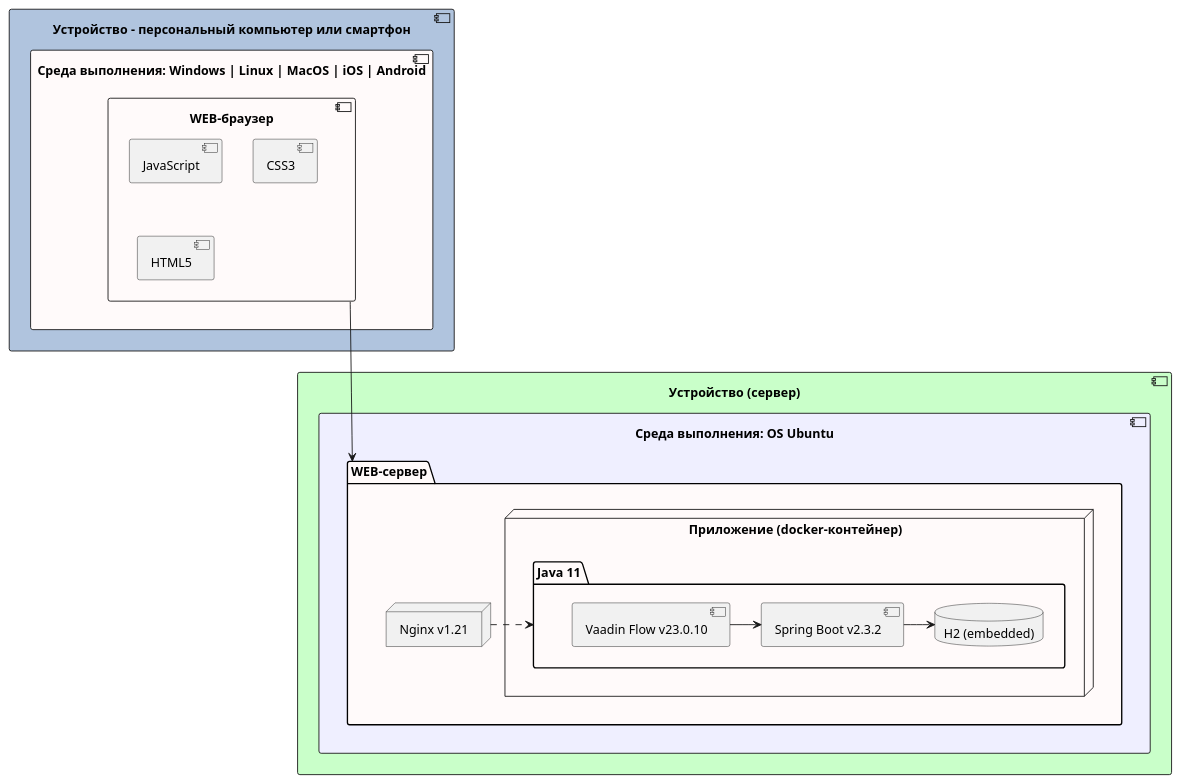
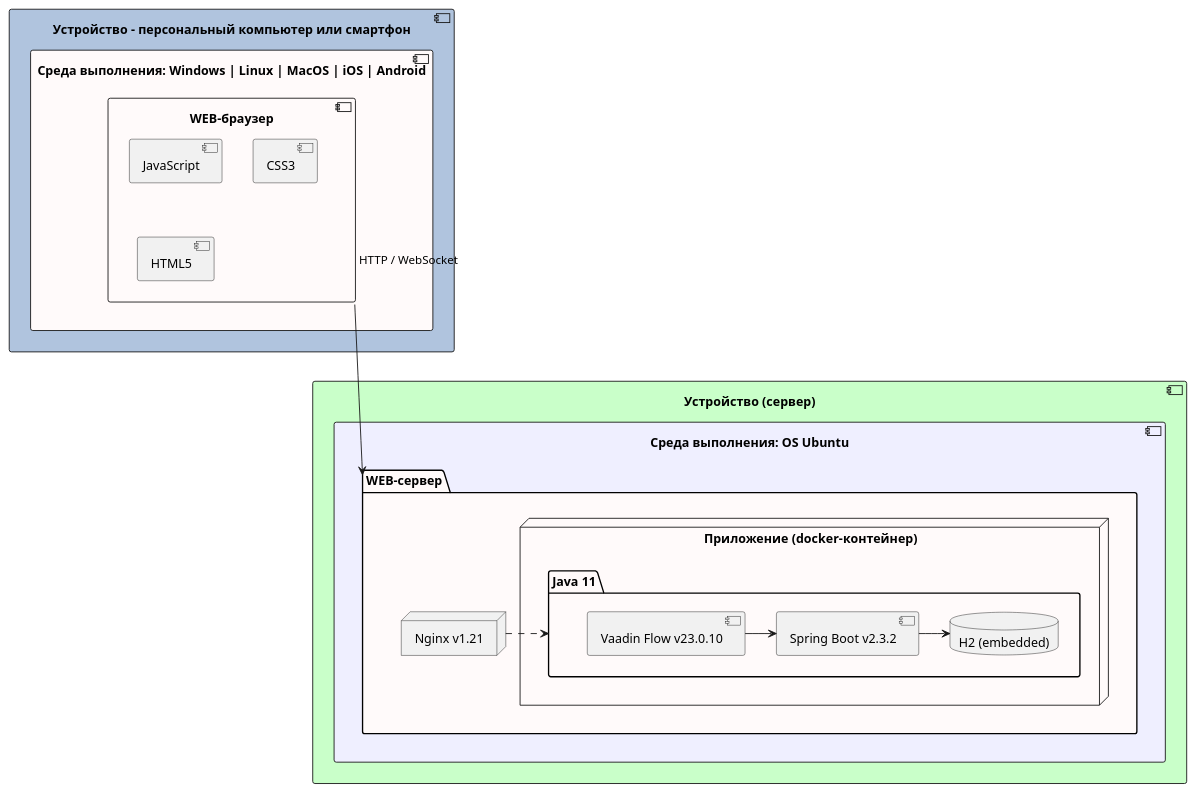
One commit to hyposun/deppplom changed the diagram in src/main/docs/network.puml. Above: the diagram before and after it, drawn with PlantUML.

Commit message:
new: документация: базовая схема

```diff
--- a/src/main/docs/network.puml
+++ b/src/main/docs/network.puml
@@ -1,51 +1,50 @@
 @startuml
-
 hide empty members
 allowmixing
 
 component "Устройство (сервер)" as host #technology {
 
     component "Среда выполнения: OS Ubuntu" #motivation {
 
         package "WEB-сервер" as webserver #snow {
 
                 node "Nginx v1.21" as nginx
 
                 node "Приложение (docker-контейнер)" {
 
                     namespace "Java 11" as application {
                         component "Spring Boot v2.3.2" as spring
                         component "Vaadin Flow v23.0.10" as vaadin
                         database "H2 (embedded)" as h2
 
                         vaadin -> spring
                         spring -> h2
                     }
 
                     nginx .> application
 
                 }
 
             }
     }
 
 }
 
 component "Устройство - персональный компьютер или смартфон" as client #lightsteelblue  {
 
     component "Среда выполнения: Windows | Linux | MacOS | iOS | Android" as client_os #snow {
 
         component "WEB-браузер" as browser {
             component "JavaScript"
             component "CSS3"
             component "HTML5"
         }
 
     }
 
 }
 
-browser ---> webserver
+browser ---> webserver : HTTP / WebSocket
 
 
 @enduml
```
